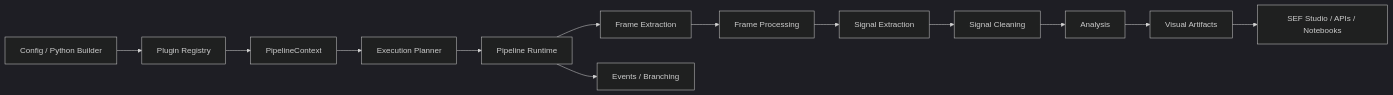
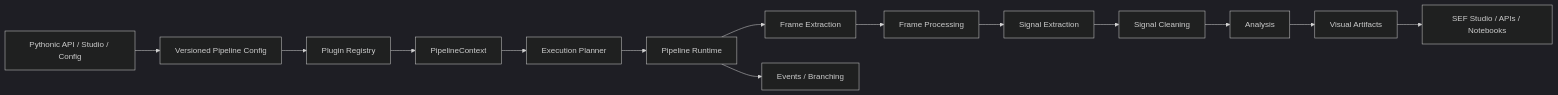
Before and after one commit to NoNamedeo/SEF: the diagram in README.md, drawn with Mermaid (dark theme). The commit also changed other lines of this file and 16 other files, not shown here.

````diff
--- a/README.md
+++ b/README.md
@@ -62,16 +67,17 @@
 ```mermaid
 flowchart LR
-    Config["Config / Python Builder"] --> Registry["Plugin Registry"]
+    API["Pythonic API / Studio / Config"] --> Config["Versioned Pipeline Config"]
+    Config --> Registry["Plugin Registry"]
     Registry --> Context["PipelineContext"]
     Context --> Planner["Execution Planner"]
     Planner --> Runtime["Pipeline Runtime"]
 
     Runtime --> Frames["Frame Extraction"]
     Frames --> Processing["Frame Processing"]
     Processing --> Signals["Signal Extraction"]
     Signals --> Cleaning["Signal Cleaning"]
     Cleaning --> Analysis["Analysis"]
     Analysis --> Visuals["Visual Artifacts"]
     Runtime --> Events["Events / Branching"]
     Visuals --> UI["SEF Studio / APIs / Notebooks"]
 ```
````
